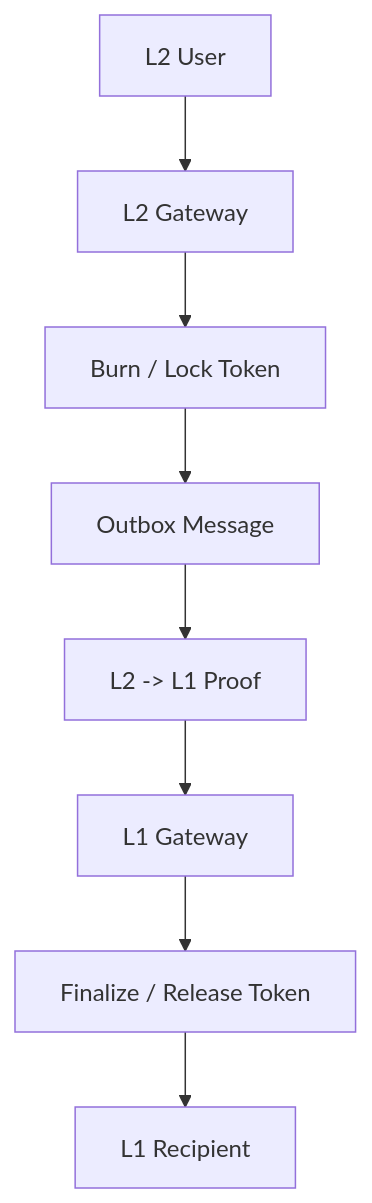
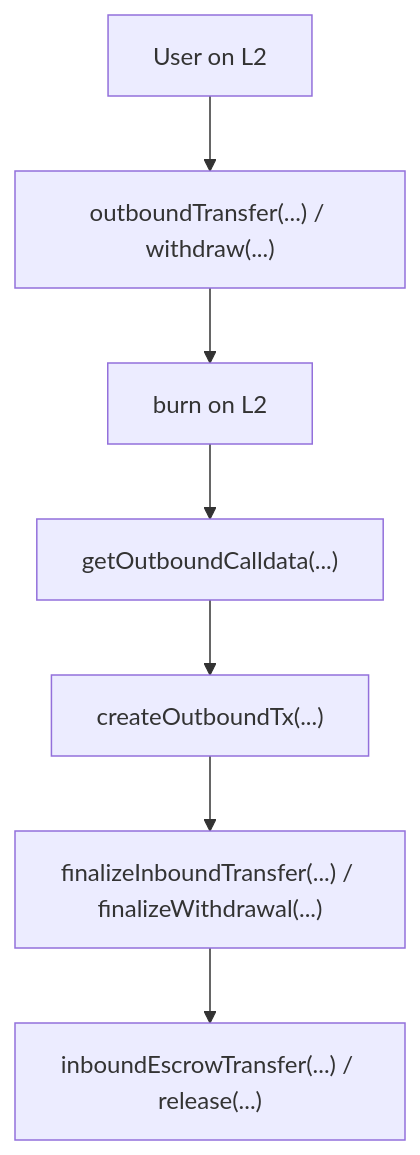
Before and after one commit to Keedz1Off/arbitrum-bridge-flow-local-review-ru: the second of 2 diagrams in README.md, drawn with Mermaid. The commit also changed other lines of this file and 19 other files, not shown here.

````diff
--- a/README.md
+++ b/README.md
@@ -56,10 +51,9 @@
 ```mermaid
 flowchart TD
-    A["L2 User"] --> B["L2 Gateway"]
-    B --> C["Burn / Lock Token"]
-    C --> D["Outbox Message"]
-    D --> E["L2 -> L1 Proof"]
-    E --> F["L1 Gateway"]
-    F --> G["Finalize / Release Token"]
-    G --> H["L1 Recipient"]
+    A["User on L2"] --> B["outboundTransfer(...) / withdraw(...)"]
+    B --> C["burn on L2"]
+    C --> D["getOutboundCalldata(...)"]
+    D --> E["createOutboundTx(...)"]
+    E --> F["finalizeInboundTransfer(...) / finalizeWithdrawal(...)"]
+    F --> G["inboundEscrowTransfer(...) / release(...)"]
 ```
````
